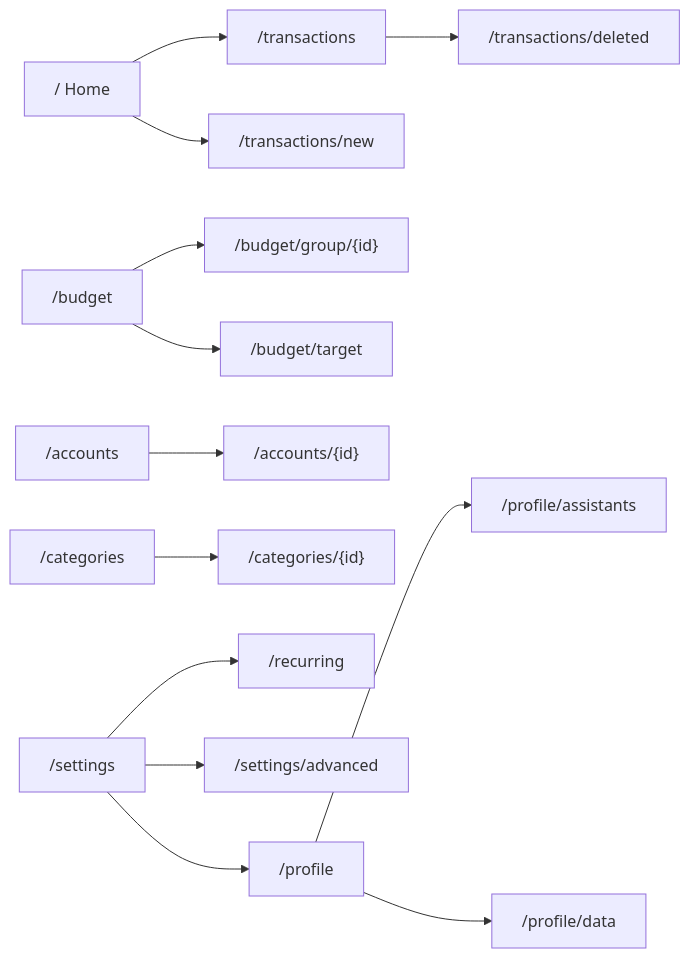
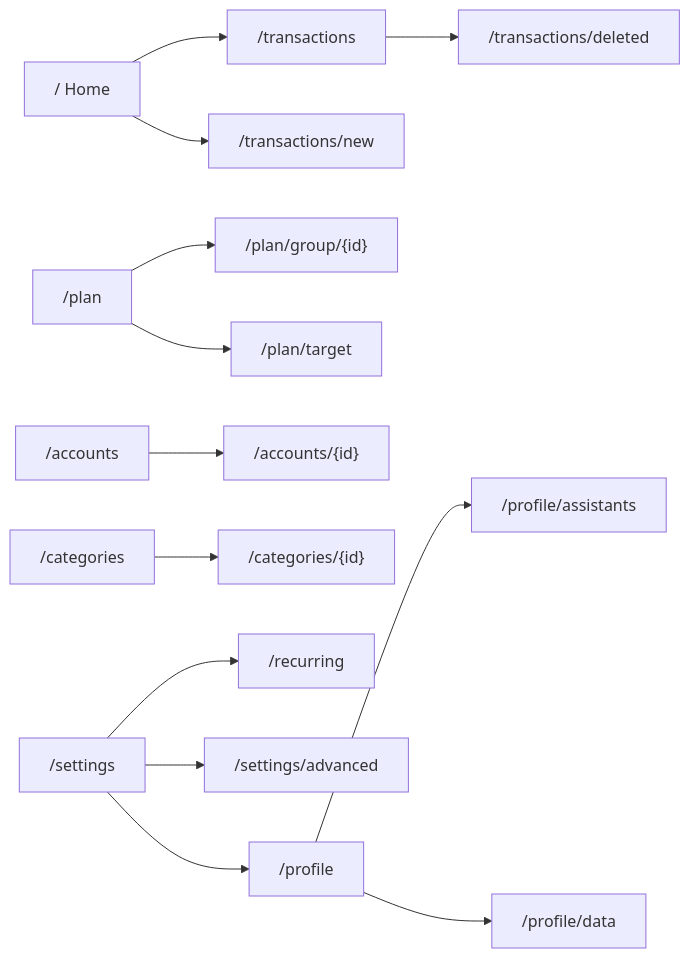
The diagram in docs/architecture/web-ui.md (bijeshmohan/finode), drawn with Mermaid before and after one commit. The commit also changed 48 other files, not shown here.

Commit message:
Plan phase 3: the Budget page becomes the Plan (/plan; the old /budget addresses redirect)

````diff
--- a/docs/architecture/web-ui.md
+++ b/docs/architecture/web-ui.md
@@ -21,15 +21,15 @@
 ```mermaid
 flowchart LR
     Home["/ Home"] --> Tx["/transactions"]
     Home --> New["/transactions/new"]
-    Budget["/budget"] --> Grp["/budget/group/{id}"]
-    Budget --> Tgt["/budget/target"]
+    Budget["/plan"] --> Grp["/plan/group/{id}"]
+    Budget --> Tgt["/plan/target"]
     Accounts["/accounts"] --> Acc["/accounts/{id}"]
     Cats["/categories"] --> Cat["/categories/{id}"]
     Settings["/settings"] --> Rec["/recurring"]
     Settings --> Adv["/settings/advanced"]
     Settings --> Prof["/profile"]
     Prof --> Ass["/profile/assistants"]
     Prof --> Dat["/profile/data"]
     Tx --> Del["/transactions/deleted"]
 ```
````
